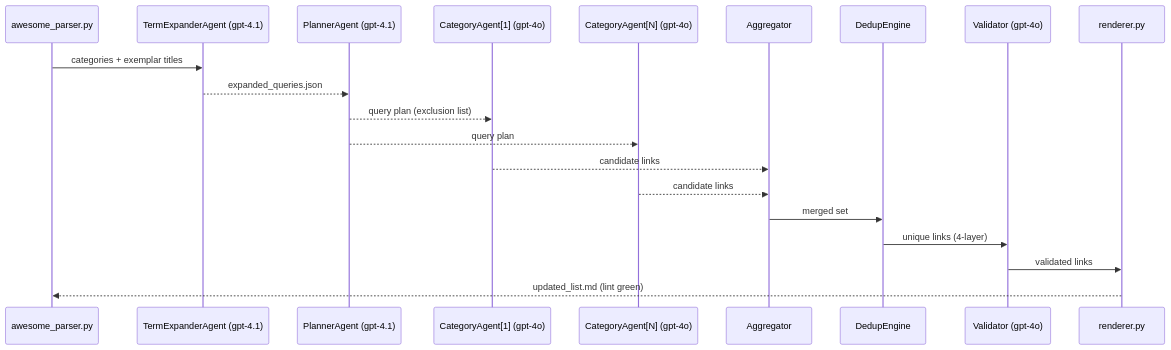
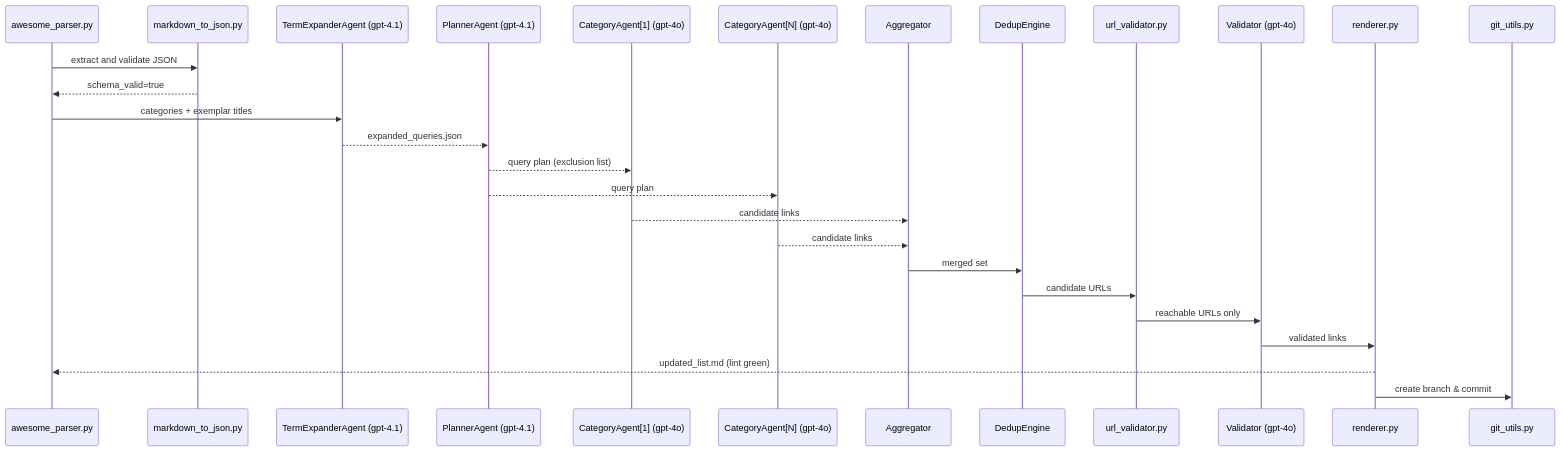
The diagram in architecture.md (krzemienski/awesome-researcher), drawn with Mermaid before and after one commit. The commit also changed other lines of this file and 18 other files, not shown here.

Commit message:
updates to flow of agents

````diff
--- a/architecture.md
+++ b/architecture.md
@@ -11,23 +11,30 @@
 ```mermaid
 sequenceDiagram
     participant Parser   as awesome_parser.py
+    participant MD2JSON  as markdown_to_json.py
     participant Expander as TermExpanderAgent (gpt‑4.1)
     participant Planner  as PlannerAgent (gpt‑4.1)
     participant Cat1     as CategoryAgent[1] (gpt-4o)
-participant CatN     as CategoryAgent[N] (gpt-4o)
+    participant CatN     as CategoryAgent[N] (gpt-4o)
     participant Agg      as Aggregator
     participant Dedup    as DedupEngine
+    participant URLVal   as url_validator.py
     participant Val      as Validator (gpt-4o)
     participant Rend     as renderer.py
+    participant Git      as git_utils.py
 
+    Parser->>MD2JSON: extract and validate JSON
+    MD2JSON-->>Parser: schema_valid=true
     Parser->>Expander: categories + exemplar titles
     Expander-->>Planner: expanded_queries.json
     Planner-->>Cat1: query plan (exclusion list)
     Planner-->>CatN: query plan
     Cat1-->>Agg: candidate links
     CatN-->>Agg: candidate links
     Agg->>Dedup: merged set
-    Dedup->>Val: unique links (4‑layer)
+    Dedup->>URLVal: candidate URLs
+    URLVal->>Val: reachable URLs only
     Val->>Rend: validated links
     Rend-->>Parser: updated_list.md (lint green)
+    Rend->>Git: create branch & commit
 ```
````
